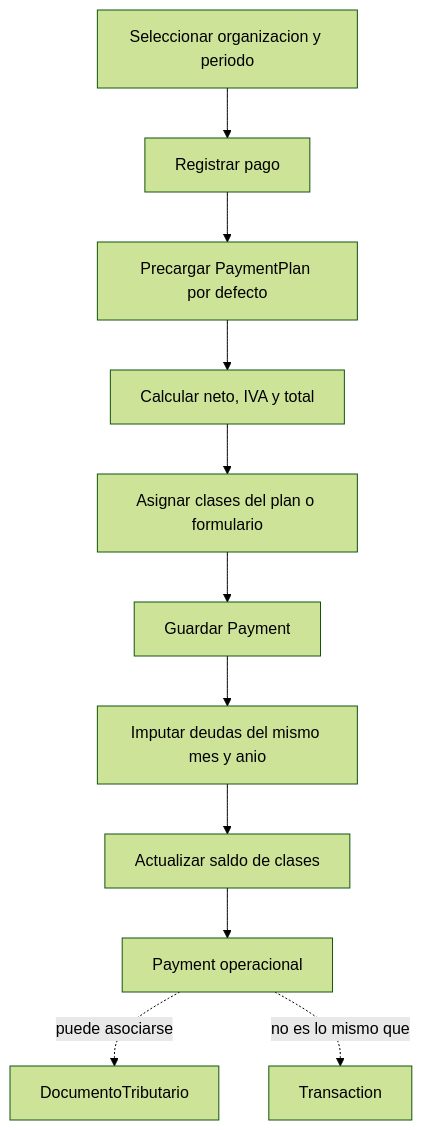
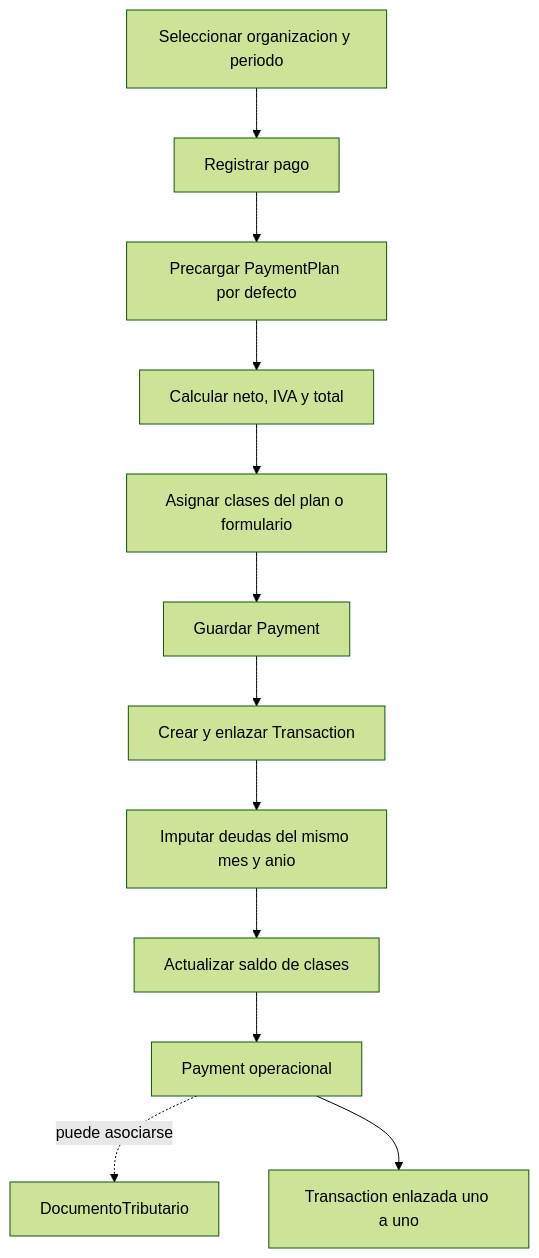
Before and after one commit to alvaroavx/avx-django-plataformaelemental: the second of 4 diagrams in docs/apps/FINANZAS.md, drawn with Mermaid (forest theme). The commit also changed other lines of this file and 120 other files, not shown here.

````diff
--- a/docs/apps/FINANZAS.md
+++ b/docs/apps/FINANZAS.md
@@ -94,13 +94,14 @@
 ```mermaid
 flowchart TD
     A["Seleccionar organizacion y periodo"] --> B["Registrar pago"]
     B --> C["Precargar PaymentPlan por defecto"]
     C --> D["Calcular neto, IVA y total"]
     D --> E["Asignar clases del plan o formulario"]
     E --> F["Guardar Payment"]
-    F --> G["Imputar deudas del mismo mes y anio"]
+    F --> T["Crear y enlazar Transaction"]
+    T --> G["Imputar deudas del mismo mes y anio"]
     G --> H["Actualizar saldo de clases"]
     H --> I["Payment operacional"]
     I -. "puede asociarse" .-> J["DocumentoTributario"]
-    I -. "no es lo mismo que" .-> K["Transaction"]
+    I --> K["Transaction enlazada uno a uno"]
 ```
````
